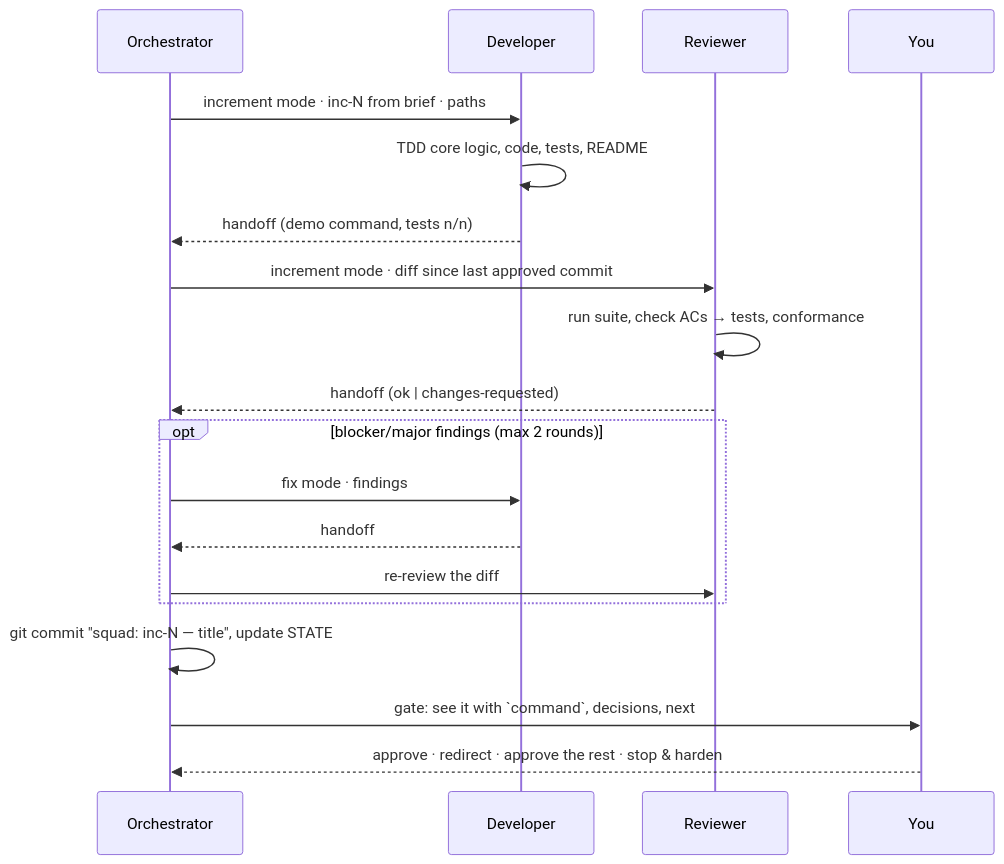
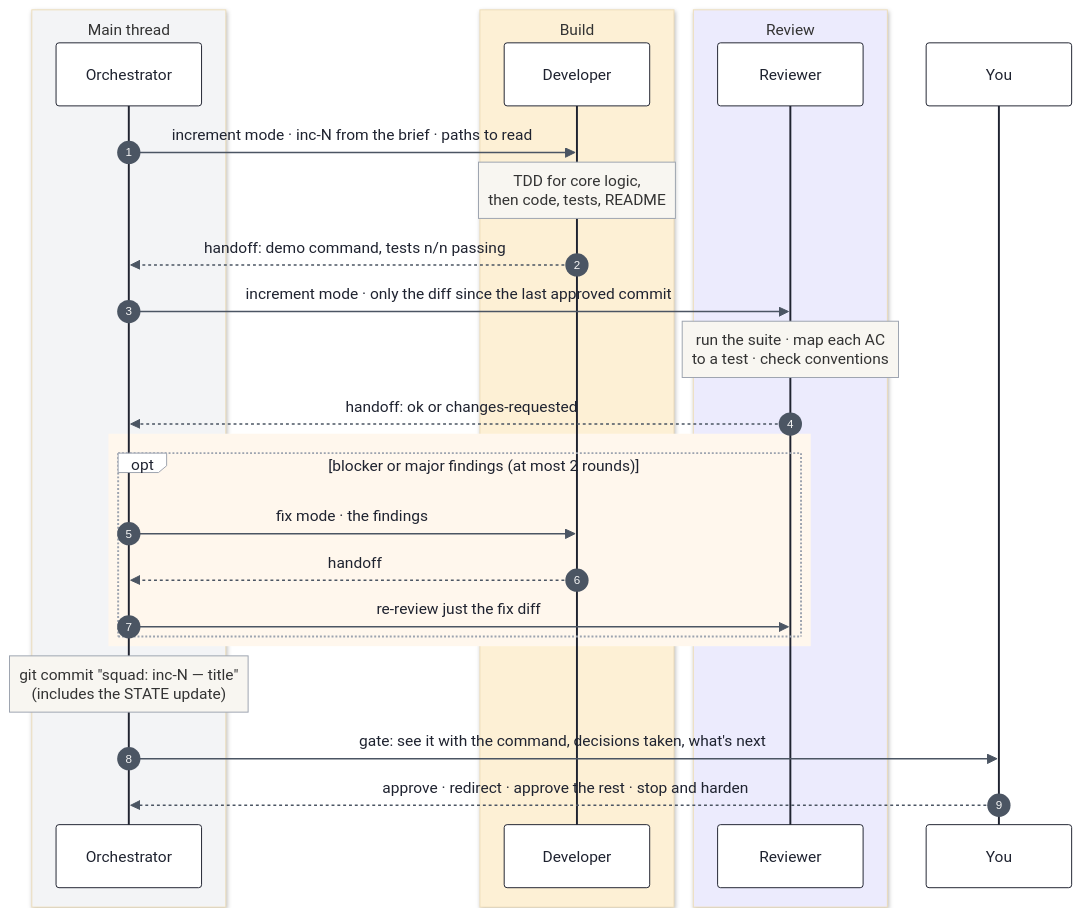
The third of 3 diagrams in plugins/squad/skills/squad/README.md (orhund8z/dotclaude), drawn with Mermaid before and after one commit. The commit also changed other lines of this file, not shown here.

First line of the commit message:
docs(squad): style the README Mermaid diagrams

````diff
--- a/plugins/squad/skills/squad/README.md
+++ b/plugins/squad/skills/squad/README.md
@@ -119,21 +159,32 @@
 ```mermaid
+%%{init: {'theme': 'base', 'themeVariables': {'fontFamily': 'Inter, Segoe UI, Helvetica, Arial, sans-serif', 'fontSize': '15px', 'actorBkg': '#ffffff', 'actorBorder': '#1f2330', 'actorTextColor': '#1f2330', 'signalColor': '#4b5563', 'signalTextColor': '#1f2330', 'noteBkgColor': '#f8f6f1', 'noteBorderColor': '#9ca3af', 'labelBoxBkgColor': '#ffffff', 'labelBoxBorderColor': '#9ca3af', 'activationBkgColor': '#e5e7eb'}}}%%
 sequenceDiagram
-    participant O as Orchestrator
-    participant D as Developer
-    participant R as Reviewer
+    autonumber
+    box rgb(243,244,246) Main thread
+        participant O as Orchestrator
+    end
+    box rgb(253,240,213) Build
+        participant D as Developer
+    end
+    box rgb(236,235,253) Review
+        participant R as Reviewer
+    end
     participant U as You
-    O->>D: increment mode · inc-N from brief · paths
-    D->>D: TDD core logic, code, tests, README
-    D-->>O: handoff (demo command, tests n/n)
-    O->>R: increment mode · diff since last approved commit
-    R->>R: run suite, check ACs → tests, conformance
-    R-->>O: handoff (ok | changes-requested)
-    opt blocker/major findings (max 2 rounds)
-        O->>D: fix mode · findings
-        D-->>O: handoff
-        O->>R: re-review the diff
+
+    O->>D: increment mode · inc-N from the brief · paths to read
+    Note over D: TDD for core logic,<br/>then code, tests, README
+    D-->>O: handoff: demo command, tests n/n passing
+    O->>R: increment mode · only the diff since the last approved commit
+    Note over R: run the suite · map each AC<br/>to a test · check conventions
+    R-->>O: handoff: ok or changes-requested
+    rect rgb(255,247,237)
+        opt blocker or major findings (at most 2 rounds)
+            O->>D: fix mode · the findings
+            D-->>O: handoff
+            O->>R: re-review just the fix diff
+        end
     end
-    O->>O: git commit "squad: inc-N — title", update STATE
-    O->>U: gate: see it with `command`, decisions, next
-    U-->>O: approve · redirect · approve the rest · stop & harden
+    Note over O: git commit "squad: inc-N — title"<br/>(includes the STATE update)
+    O->>U: gate: see it with the command, decisions taken, what's next
+    U-->>O: approve · redirect · approve the rest · stop and harden
 ```
````
